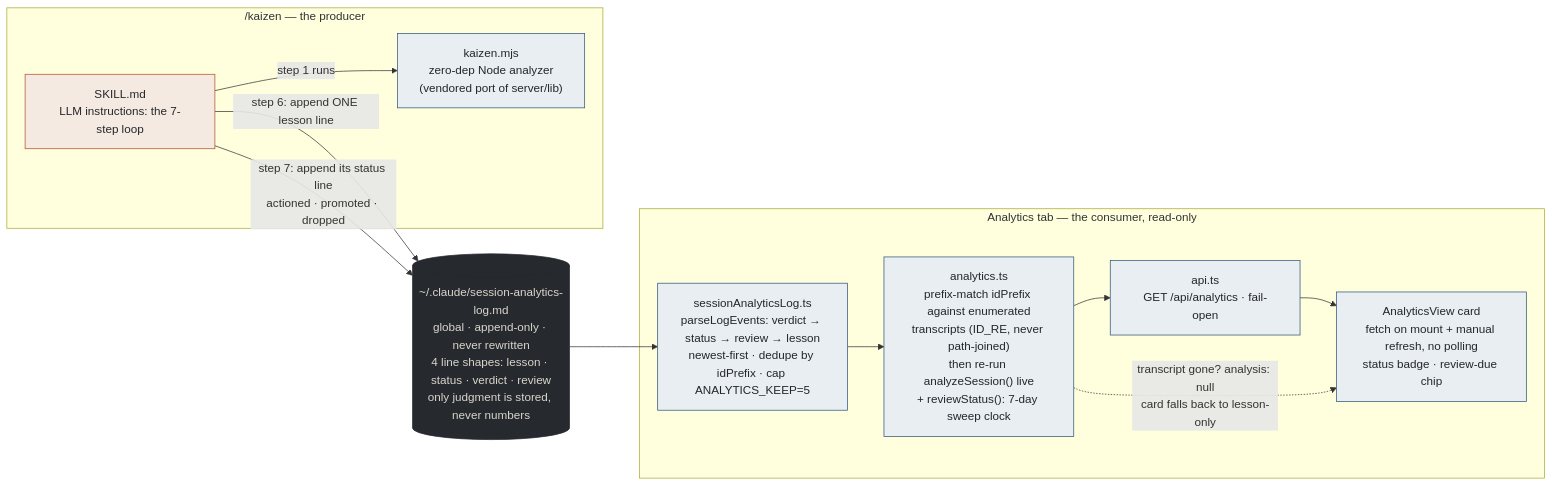
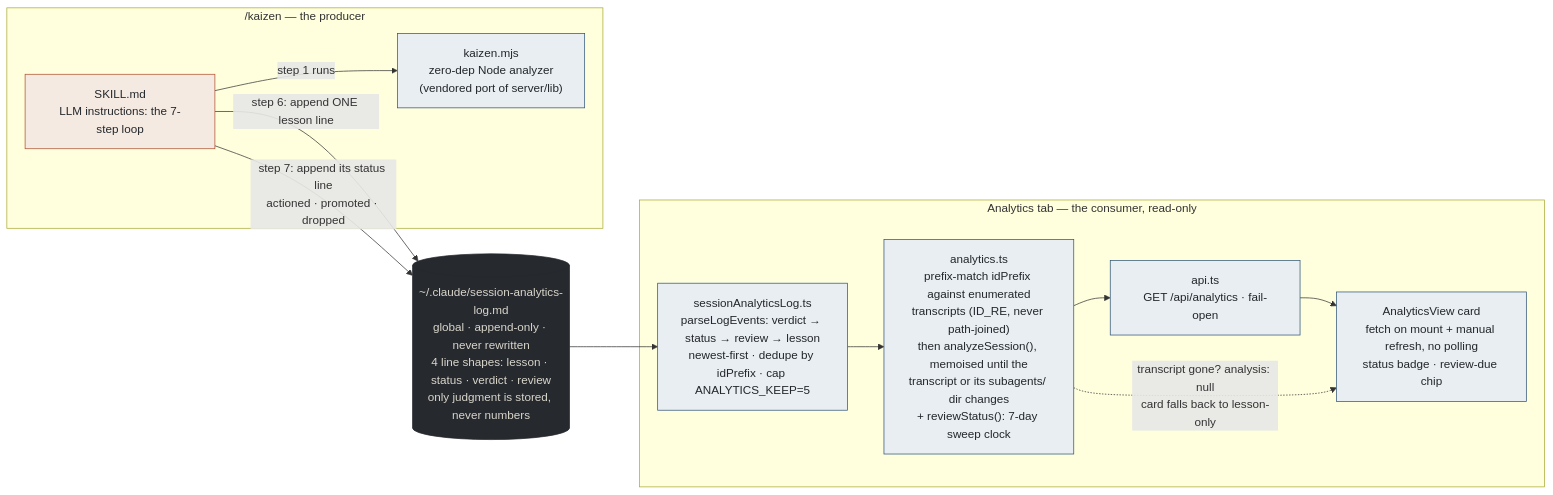
One commit to futin/claude-agents-dashboard changed the first of 6 diagrams in docs/learning-notes/kaizen-and-analytics-diagrams.md. Above: the diagram before and after it, drawn with Mermaid. The commit also changed other lines of this file and 14 other files, not shown here.

````diff
--- a/docs/learning-notes/kaizen-and-analytics-diagrams.md
+++ b/docs/learning-notes/kaizen-and-analytics-diagrams.md
@@ -16,31 +16,31 @@
 ```mermaid
 flowchart LR
     subgraph P["/kaizen — the producer"]
         SK["SKILL.md<br/>LLM instructions: the 7-step loop"]
         MJ["kaizen.mjs<br/>zero-dep Node analyzer<br/>(vendored port of server/lib)"]
         SK -->|"step 1 runs"| MJ
     end
 
     LOG[("~/.claude/session-analytics-log.md<br/>global · append-only · never rewritten<br/>4 line shapes: lesson · status · verdict · review<br/>only judgment is stored, never numbers")]
 
     subgraph C["Analytics tab — the consumer, read-only"]
         SAL["sessionAnalyticsLog.ts<br/>parseLogEvents: verdict → status → review → lesson<br/>newest-first · dedupe by idPrefix · cap ANALYTICS_KEEP=5"]
-        AN["analytics.ts<br/>prefix-match idPrefix against enumerated<br/>transcripts (ID_RE, never path-joined)<br/>then re-run analyzeSession() live<br/>+ reviewStatus(): 7-day sweep clock"]
+        AN["analytics.ts<br/>prefix-match idPrefix against enumerated<br/>transcripts (ID_RE, never path-joined)<br/>then analyzeSession(), memoised until the<br/>transcript or its subagents/ dir changes<br/>+ reviewStatus(): 7-day sweep clock"]
         API["api.ts<br/>GET /api/analytics · fail-open"]
         AV["AnalyticsView card<br/>fetch on mount + manual refresh, no polling<br/>status badge · review-due chip"]
         SAL --> AN --> API --> AV
     end
 
     SK -->|"step 6: append ONE lesson line"| LOG
     SK -->|"step 7: append its status line<br/>actioned · promoted · dropped"| LOG
     LOG --> SAL
 
     AN -.->|"transcript gone? analysis: null<br/>card falls back to lesson-only"| AV
 
     classDef judgment fill:#F5EAE2,stroke:#B0502C,color:#23272B
     classDef exact fill:#E9EEF3,stroke:#2F5578,color:#23272B
     classDef wire fill:#26292E,stroke:#26292E,color:#D9D6CC
     class SK judgment
     class MJ,SAL,AN,API,AV exact
     class LOG wire
 ```
````
